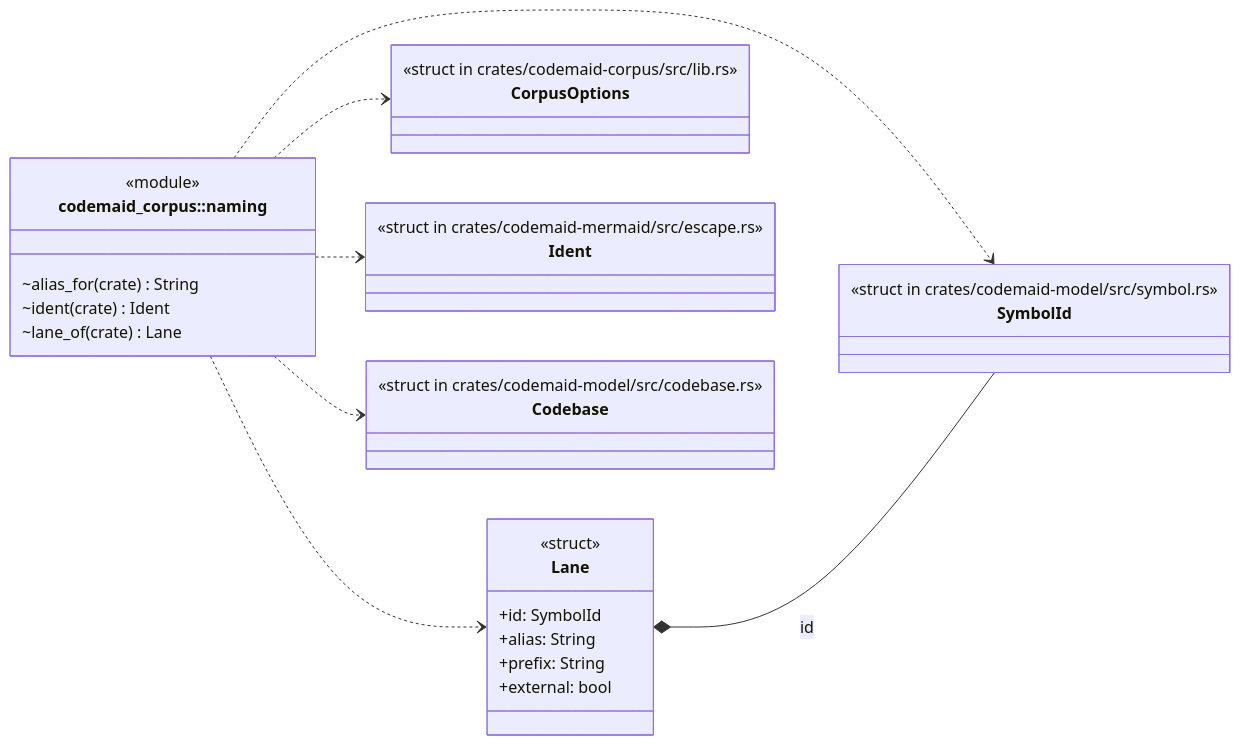
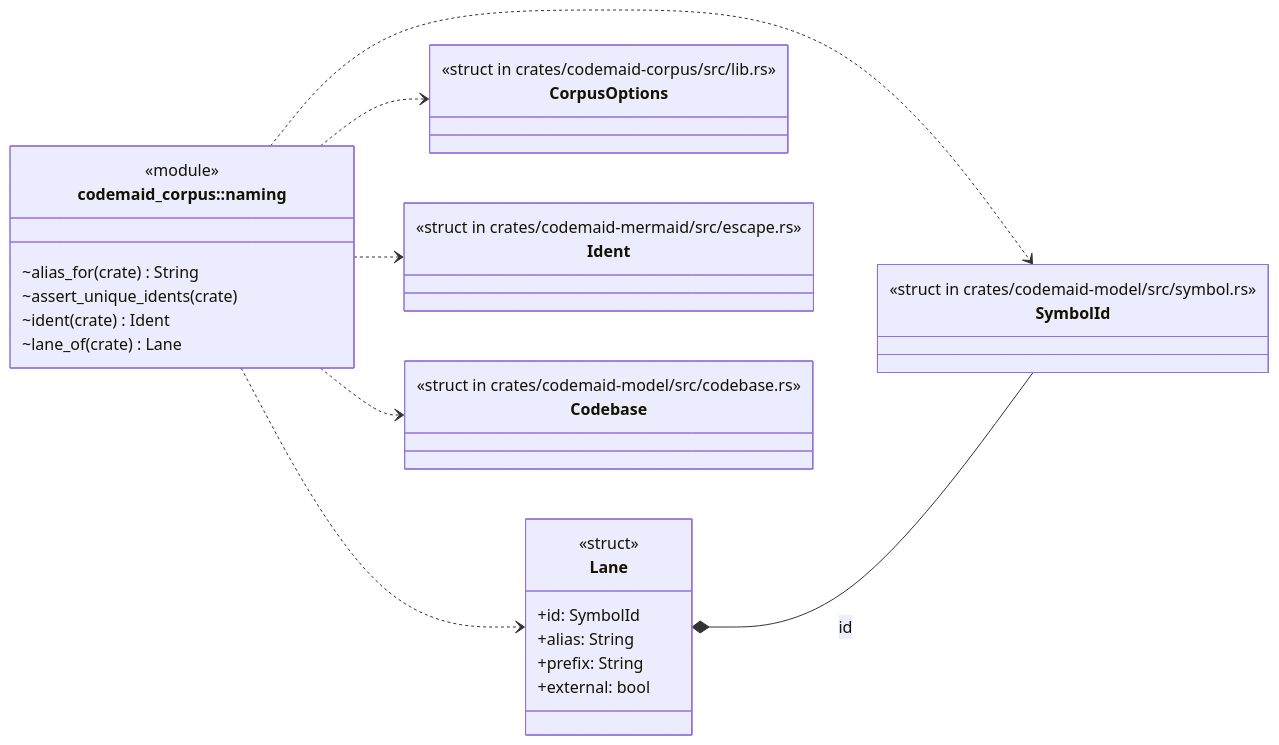
One commit to DreamLab-AI/codemaid changed the first of 5 diagrams in docs/codemaid/crates/codemaid-corpus/src/naming.rs.md. Above: the diagram before and after it, drawn with Mermaid. The commit also changed other lines of this file and 29 other files, not shown here.

````diff
--- a/docs/codemaid/crates/codemaid-corpus/src/naming.rs.md
+++ b/docs/codemaid/crates/codemaid-corpus/src/naming.rs.md
@@ -14,35 +14,36 @@
 ```mermaid
 classDiagram
   direction LR
   class codemaid_corpus__naming__Lane["Lane"] {
     <<struct>>
     +id: SymbolId
     +alias: String
     +prefix: String
     +external: bool
   }
   class codemaid_corpus__naming["codemaid_corpus::naming"] {
     <<module>>
     ~alias_for(crate) String
+    ~assert_unique_idents(crate)
     ~ident(crate) Ident
     ~lane_of(crate) Lane
   }
   class codemaid_corpus__CorpusOptions["CorpusOptions"] {
     <<struct in crates/codemaid-corpus/src/lib.rs>>
   }
   class codemaid_mermaid__escape__Ident["Ident"] {
     <<struct in crates/codemaid-mermaid/src/escape.rs>>
   }
   class codemaid_model__codebase__Codebase["Codebase"] {
     <<struct in crates/codemaid-model/src/codebase.rs>>
   }
   class codemaid_model__symbol__SymbolId["SymbolId"] {
     <<struct in crates/codemaid-model/src/symbol.rs>>
   }
   codemaid_corpus__naming ..> codemaid_corpus__CorpusOptions
   codemaid_corpus__naming ..> codemaid_corpus__naming__Lane
   codemaid_corpus__naming ..> codemaid_mermaid__escape__Ident
   codemaid_corpus__naming ..> codemaid_model__codebase__Codebase
   codemaid_corpus__naming ..> codemaid_model__symbol__SymbolId
   codemaid_corpus__naming__Lane *-- codemaid_model__symbol__SymbolId : id
 ```
````
